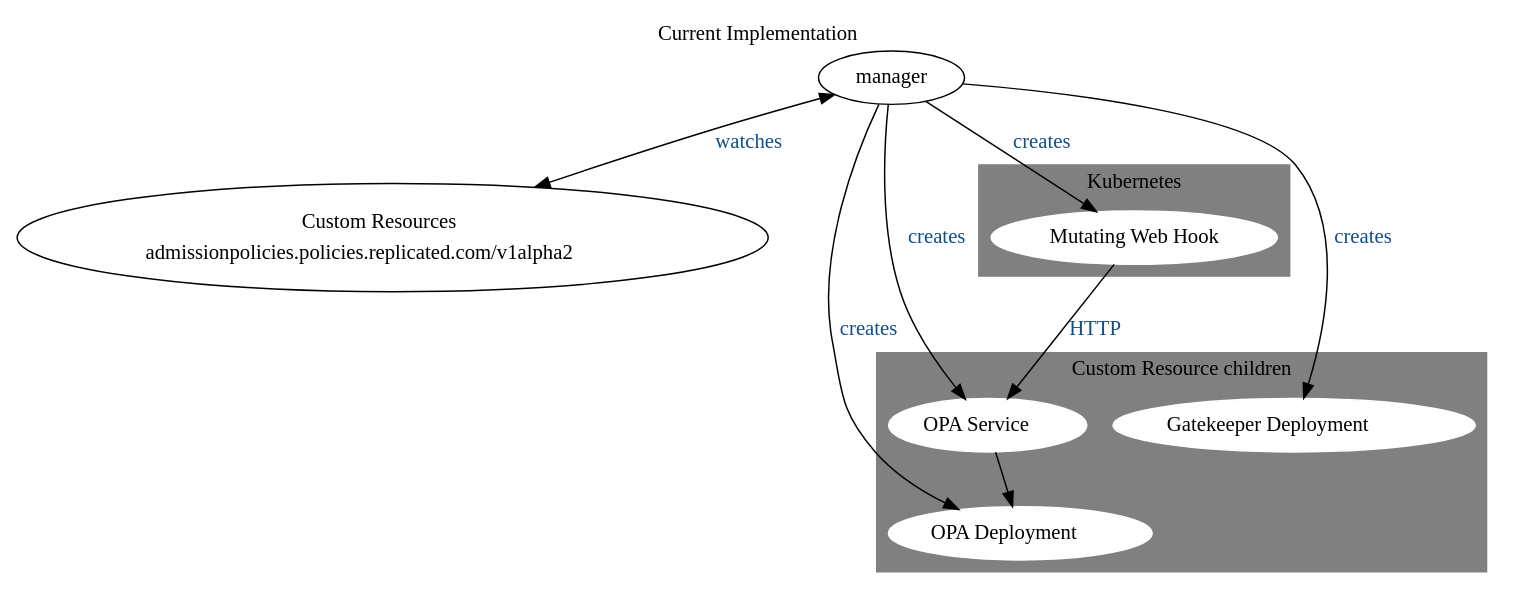
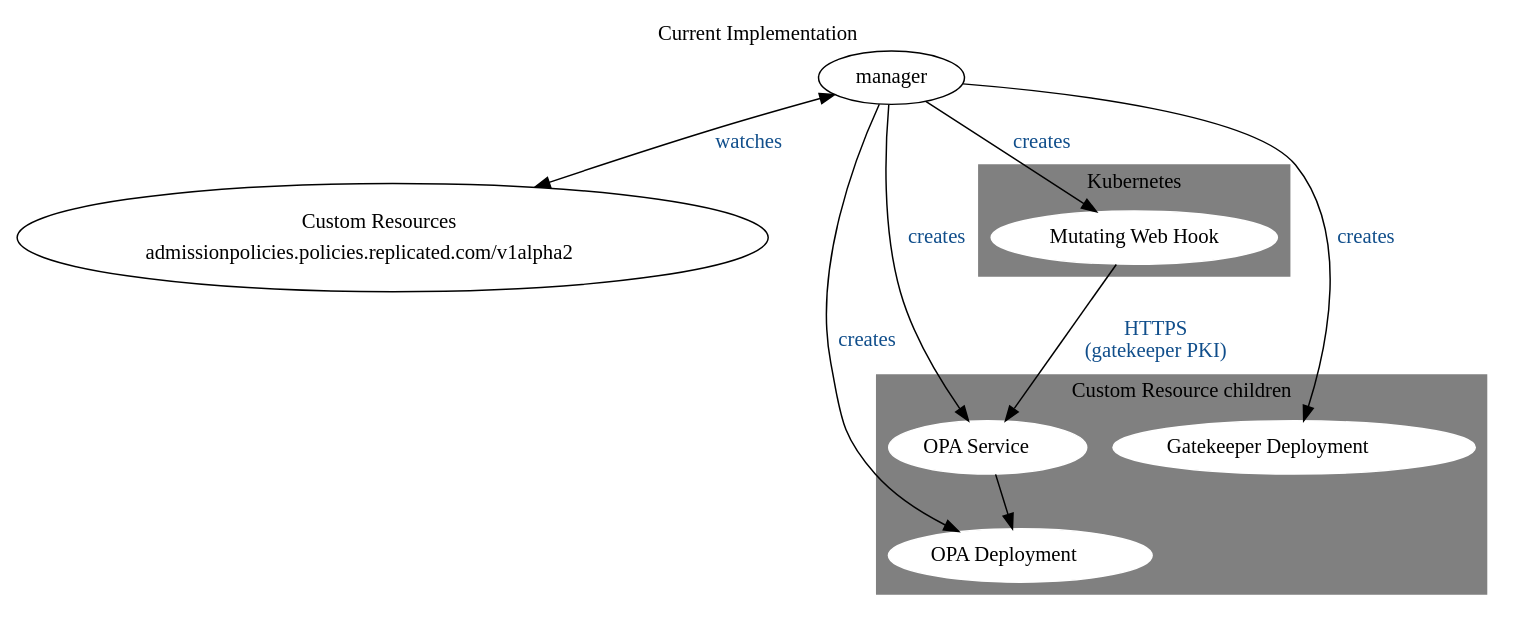
One commit to replicatedhq/gatekeeper changed the diagram in docs/architecture/assets/arch-1.dot. Above: the diagram before and after it, drawn with Graphviz. The commit also changed 1 other file, not shown here.

Commit message:
highlight gatekeeper pki management

```diff
--- a/docs/architecture/assets/arch-1.dot
+++ b/docs/architecture/assets/arch-1.dot
@@ -1,48 +1,48 @@
 digraph G {
     edge [fontname = "menlo", style = filled, fontcolor = dodgerblue4];
     node [fontname="menlo"];
     forcelabels = true;
     labelloc=top;
     label="Current Implementation";
 
     manager;
     CRDs [style="", color=black, label=< <table border="0"><tr><td>Custom Resources</td></tr><tr><td>admissionpolicies.policies.replicated.com/v1alpha2</td></tr></table> >];
 
 
 
     subgraph cluster_0 {
         rank=same;
         style="filled";
         color="gray";
         node [style=filled, color=white];
         gk; opa; opa2;
         label="Custom Resource children";
     }
 
     subgraph cluster_1 {
         rank=same;
         style="filled";
         color="gray";
         node [style=filled, color=white];
         mwh;
         label="Kubernetes";
     }
 
     gk[label=< Gatekeeper Deployment >];
     opa[label=< OPA Deployment >];
     opa2[label=< OPA Service >];
 
     mwh[label="Mutating Web Hook"];
 
 
     manager -> CRDs [dir="both" label="watches"];
     manager -> gk [label="creates"];
     manager -> opa [label="creates"];
     manager -> opa2 [label="creates"];
     opa2->opa;
 
 
     manager -> mwh [label="creates"];
-    mwh -> opa2 [label="HTTP"];
+    mwh -> opa2 [label="HTTPS \n(gatekeeper PKI)"];
 
 }
```
